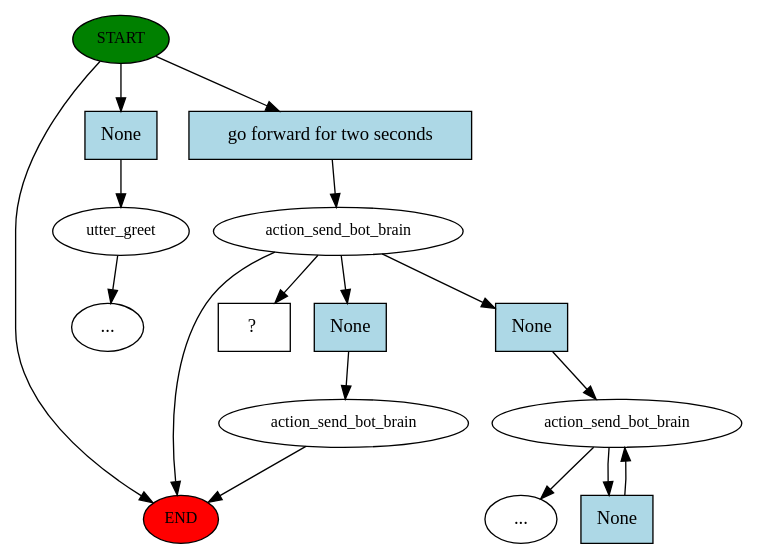
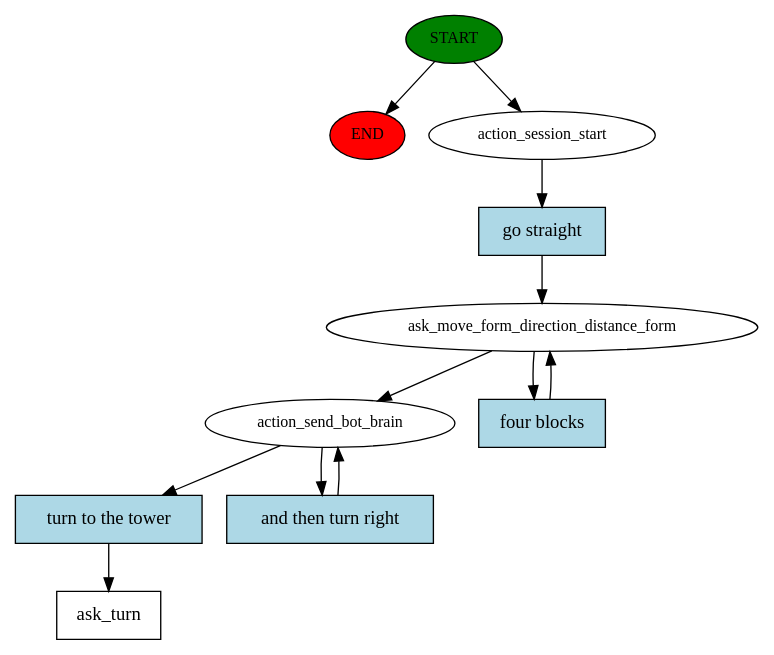
The diagram in dialog_manager/rasa_dm/story_graph.dot (MaikePaetzel/minetest-agent), drawn with Graphviz before and after one commit. The commit also changed 10 other files, not shown here.

Commit message:
refine ask_move with forms and more data

```diff
--- a/dialog_manager/rasa_dm/story_graph.dot
+++ b/dialog_manager/rasa_dm/story_graph.dot
@@ -1,32 +1,23 @@
 digraph  {
 0 [class="start active", fillcolor=green, fontsize=12, label=START, style=filled];
 "-1" [class=end, fillcolor=red, fontsize=12, label=END, style=filled];
-1 [class="", fontsize=12, label=utter_greet];
-3 [class=active, fontsize=12, label=action_send_bot_brain];
-8 [class="", fontsize=12, label=action_send_bot_brain];
-"-5" [class=ellipsis, label="..."];
-11 [class="", fontsize=12, label=action_send_bot_brain];
-"-7" [class=ellipsis, label="..."];
-15 [class="intent dashed active", label="  ?  ", shape=rect];
-16 [class=intent, fillcolor=lightblue, label=None, shape=rect, style=filled];
-17 [class="intent active", fillcolor=lightblue, label="go forward for two seconds", shape=rect, style=filled];
-18 [class=intent, fillcolor=lightblue, label=None, shape=rect, style=filled];
-19 [class=intent, fillcolor=lightblue, label=None, shape=rect, style=filled];
-20 [class=intent, fillcolor=lightblue, label=None, shape=rect, style=filled];
+1 [class=active, fontsize=12, label=action_session_start];
+2 [class=active, fontsize=12, label=ask_move_form_direction_distance_form];
+4 [class=active, fontsize=12, label=action_send_bot_brain];
+6 [class="intent dashed active", label=ask_turn, shape=rect];
+7 [class="intent active", fillcolor=lightblue, label="go straight", shape=rect, style=filled];
+8 [class="intent active", fillcolor=lightblue, label="four blocks", shape=rect, style=filled];
+9 [class="intent active", fillcolor=lightblue, label="turn to the tower", shape=rect, style=filled];
+10 [class="intent active", fillcolor=lightblue, label="and then turn right", shape=rect, style=filled];
 0 -> "-1"  [class="", key=NONE, label=""];
-0 -> 16  [class="", key=0];
-0 -> 17  [class=active, key=0];
-1 -> "-7"  [class="", key=NONE, label=""];
-3 -> "-1"  [class="", key=NONE, label=""];
-3 -> 15  [class=active, key=NONE, label=""];
-3 -> 18  [class="", key=0];
-3 -> 19  [class="", key=0];
-8 -> "-5"  [class="", key=NONE, label=""];
-8 -> 20  [class="", key=0];
-11 -> "-1"  [class="", key=NONE, label=""];
-16 -> 1  [class="", key=0];
-17 -> 3  [class=active, key=0];
-18 -> 8  [class="", key=0];
-19 -> 11  [class="", key=0];
-20 -> 8  [class="", key=0];
+0 -> 1  [class=active, key=NONE, label=""];
+1 -> 7  [class=active, key=0];
+2 -> 4  [class=active, key=NONE, label=""];
+2 -> 8  [class=active, key=0];
+4 -> 9  [class=active, key=0];
+4 -> 10  [class=active, key=0];
+7 -> 2  [class=active, key=0];
+8 -> 2  [class=active, key=0];
+9 -> 6  [class=active, key=0];
+10 -> 4  [class=active, key=0];
 }
```
